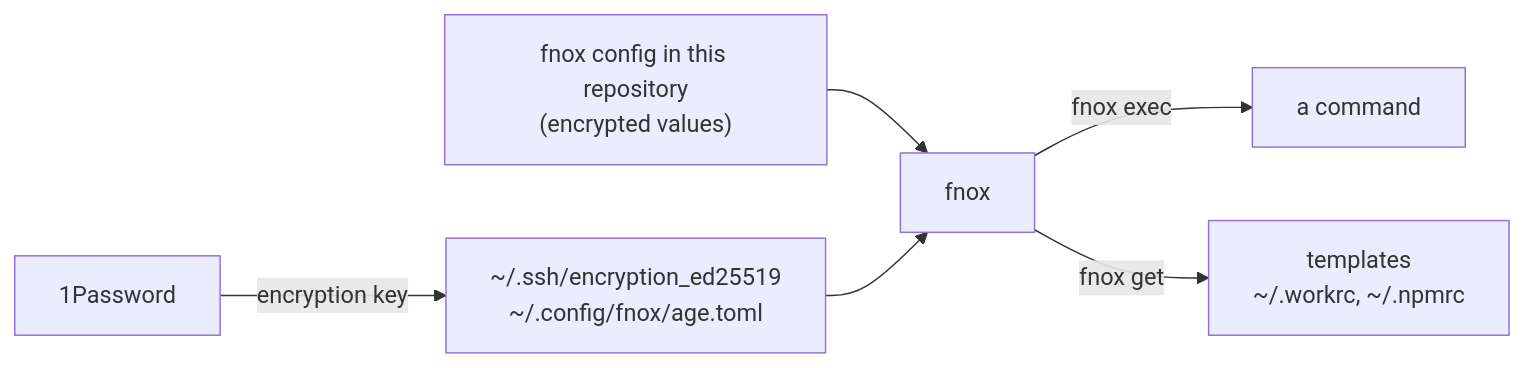
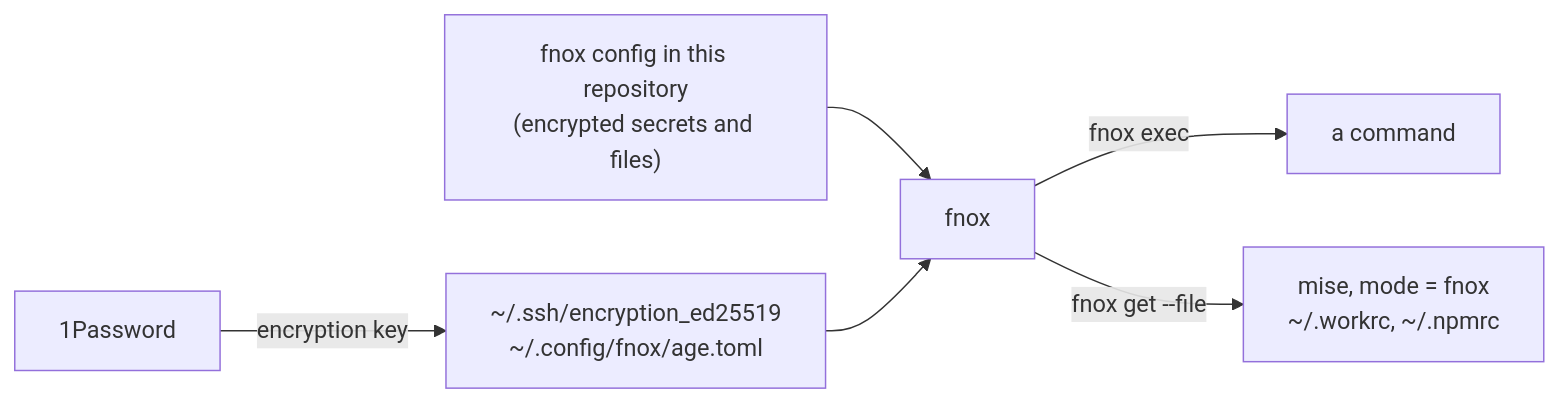
Before and after one commit to owpac/dotfiles: the third of 3 diagrams in README.md, drawn with Mermaid. The commit also changed other lines of this file and 8 other files, not shown here.

First line of the commit message:
feat(secrets): keep ~/.workrc and ~/.npmrc as files of fnox

````diff
--- a/README.md
+++ b/README.md
@@ -148,8 +148,8 @@
 ```mermaid
 flowchart LR
   OP[1Password] -- encryption key --> K["~/.ssh/encryption_ed25519<br/>~/.config/fnox/age.toml"]
-  R["fnox config in this repository<br/>(encrypted values)"] --> F[fnox]
+  R["fnox config in this repository<br/>(encrypted secrets and files)"] --> F[fnox]
   K --> F
   F -- fnox exec --> C[a command]
-  F -- fnox get --> T["templates<br/>~/.workrc, ~/.npmrc"]
+  F -->|fnox get --file| T["mise, mode = fnox<br/>~/.workrc, ~/.npmrc"]
 ```
````
